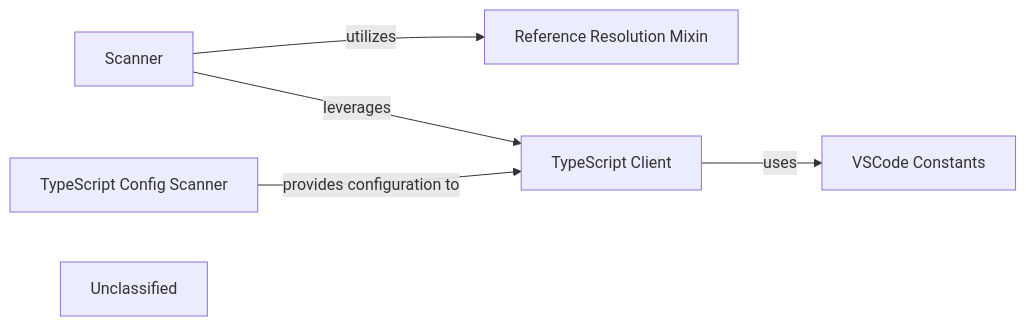
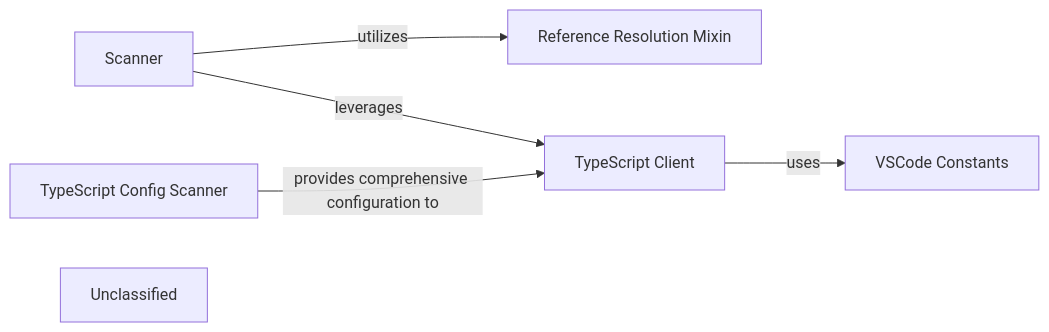
The diagram in .codeboarding/Static_Analysis_Engine.md (mariyam866/CodeBoarding), drawn with Mermaid before and after one commit. The commit also changed other lines of this file and 13 other files, not shown here.

First line of the commit message:
docs: update codeboarding documentation and generate architecture

````diff
--- a/.codeboarding/Static_Analysis_Engine.md
+++ b/.codeboarding/Static_Analysis_Engine.md
@@ -1,13 +1,13 @@
 ```mermaid
 graph LR
     Scanner["Scanner"]
     TypeScript_Client["TypeScript Client"]
     Reference_Resolution_Mixin["Reference Resolution Mixin"]
     TypeScript_Config_Scanner["TypeScript Config Scanner"]
     VSCode_Constants["VSCode Constants"]
     Unclassified["Unclassified"]
     Scanner -- "utilizes" --> Reference_Resolution_Mixin
     Scanner -- "leverages" --> TypeScript_Client
+    TypeScript_Config_Scanner -- "provides comprehensive configuration to" --> TypeScript_Client
     TypeScript_Client -- "uses" --> VSCode_Constants
-    TypeScript_Config_Scanner -- "provides configuration to" --> TypeScript_Client
 ```
````
